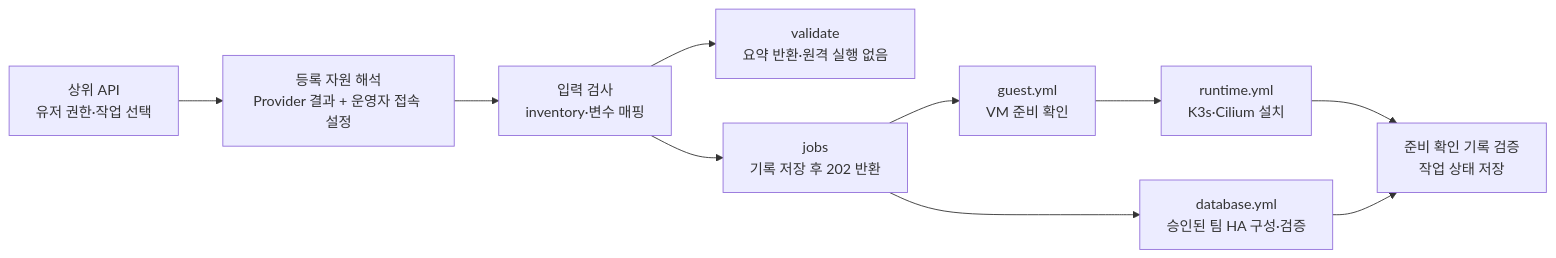
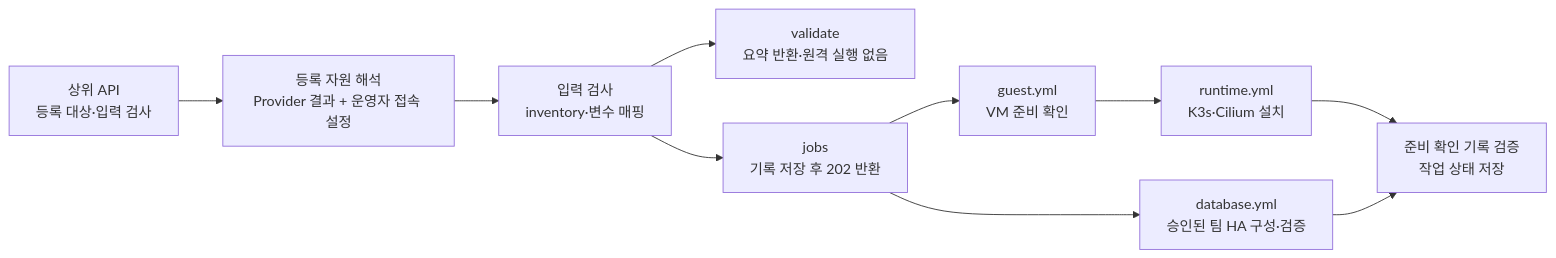
One commit to Jasmin-Softbank/Railshot changed the first of 2 diagrams in docs/api/ansible.md. Above: the diagram before and after it, drawn with Mermaid. The commit also changed other lines of this file and 27 other files, not shown here.

````diff
--- a/docs/api/ansible.md
+++ b/docs/api/ansible.md
@@ -33,12 +33,12 @@
 ```mermaid
 flowchart LR
-    API["상위 API<br>유저 권한·작업 선택"] --> R["등록 자원 해석<br>Provider 결과 + 운영자 접속 설정"]
+    API["상위 API<br>등록 대상·입력 검사"] --> R["등록 자원 해석<br>Provider 결과 + 운영자 접속 설정"]
     R --> V["입력 검사<br>inventory·변수 매핑"]
     V --> P["validate<br>요약 반환·원격 실행 없음"]
     V --> J["jobs<br>기록 저장 후 202 반환"]
     J --> G["guest.yml<br>VM 준비 확인"]
     G --> K["runtime.yml<br>K3s·Cilium 설치"]
     K --> S["준비 확인 기록 검증<br>작업 상태 저장"]
     J --> D["database.yml<br>승인된 팀 HA 구성·검증"]
     D --> S
 ```
````
